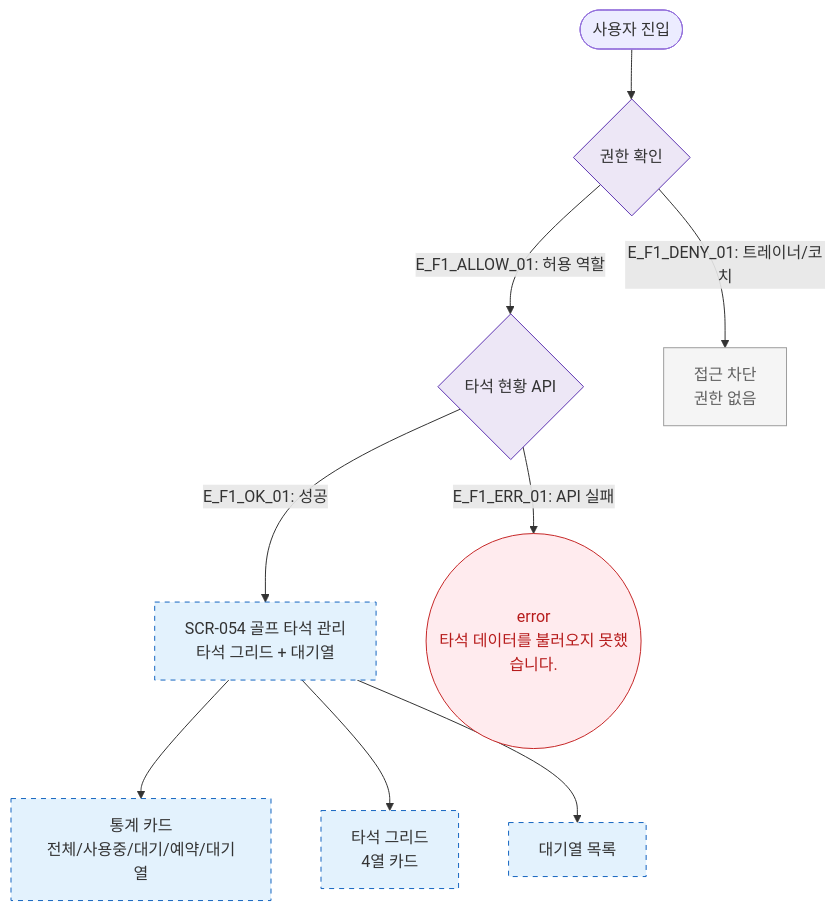
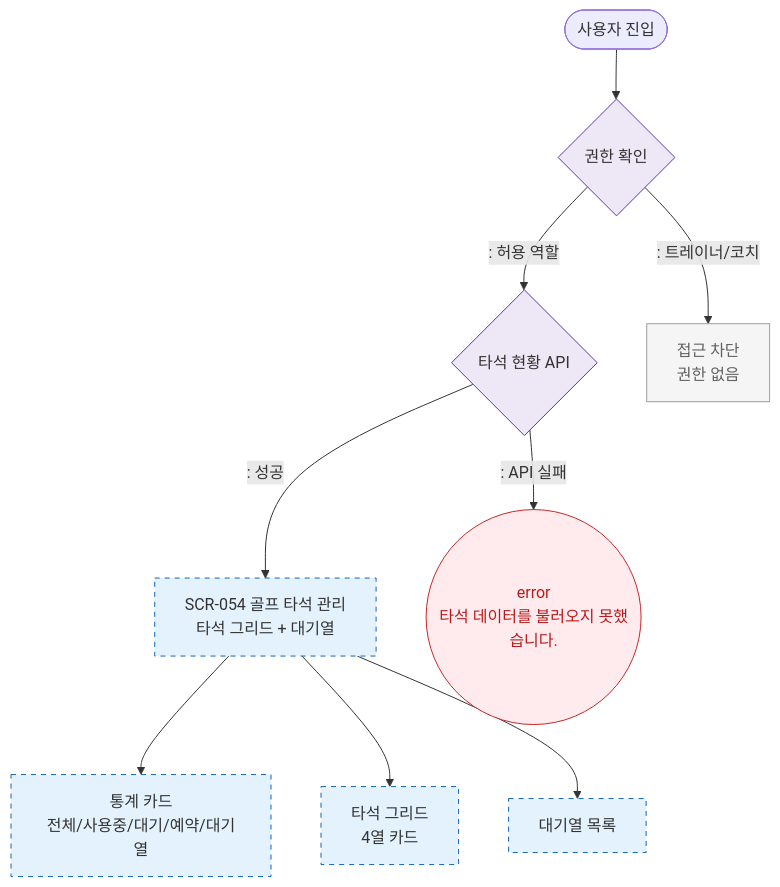
The diagram in docs/다이어그램/D06_시설관리/SCR-054_골프타석관리/F1_진입.md (dev-spogym/admin-pando), drawn with Mermaid before and after one commit. The commit also changed other lines of this file and 1660 other files, not shown here.

First line of the commit message:
다이어그램: 기획자/클라이언트 납품본으로 정리

````diff
--- a/docs/다이어그램/D06_시설관리/SCR-054_골프타석관리/F1_진입.md
+++ b/docs/다이어그램/D06_시설관리/SCR-054_골프타석관리/F1_진입.md
@@ -16,23 +14,23 @@
 ```mermaid
 flowchart TD
     START([사용자 진입]) --> AuthCheck{권한 확인}
 
-    AuthCheck -->|"E_F1_ALLOW_01: 허용 역할"| LoadAPI{타석 현황 API}
-    AuthCheck -->|"E_F1_DENY_01: 트레이너/코치"| Blocked[접근 차단\n권한 없음]
+    AuthCheck -->|": 허용 역할"|LoadAPI{타석 현황 API}
+    AuthCheck -->|": 트레이너/코치"|Blocked[접근 차단\n권한 없음]
 
-    LoadAPI -->|"E_F1_OK_01: 성공"| SCR_054[SCR-054 골프 타석 관리\n타석 그리드 + 대기열]
-    LoadAPI -->|"E_F1_ERR_01: API 실패"| ErrToast((error\n타석 데이터를 불러오지 못했습니다.))
+    LoadAPI -->|": 성공"|SCR_054[SCR-054 골프 타석 관리\n타석 그리드 + 대기열]
+    LoadAPI -->|": API 실패"|ErrToast((error\n타석 데이터를 불러오지 못했습니다.))
 
     SCR_054 --> StatCards[통계 카드\n전체/사용중/대기/예약/대기열]
     SCR_054 --> BayGrid[타석 그리드\n4열 카드]
     SCR_054 --> WaitQueue[대기열 목록]
 
     classDef screen fill:#E3F2FD,stroke:#1565C0,stroke-dasharray:5 5
     classDef error fill:#FFEBEE,stroke:#C62828,color:#B71C1C
     classDef rbacBlocked fill:#F5F5F5,stroke:#9E9E9E,color:#616161
     classDef system fill:#EDE7F6,stroke:#5E35B2
     class SCR_054,StatCards,BayGrid,WaitQueue screen
     class ErrToast error
     class Blocked rbacBlocked
     class AuthCheck,LoadAPI system
 ```
````
